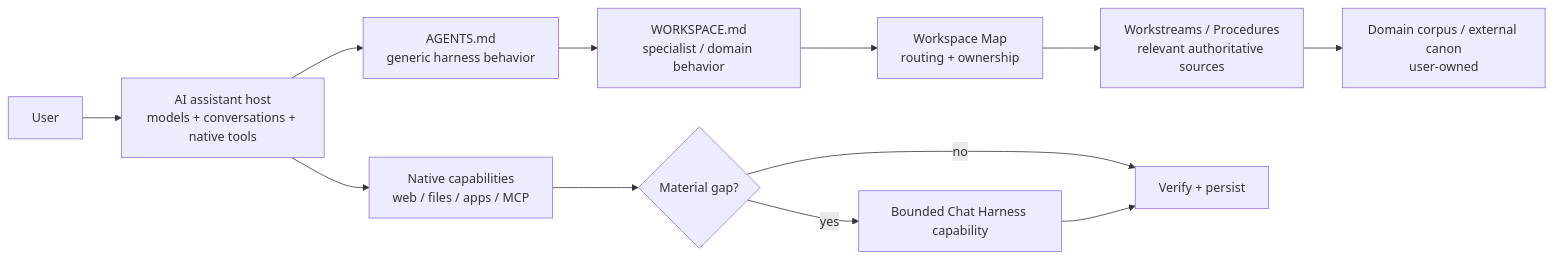
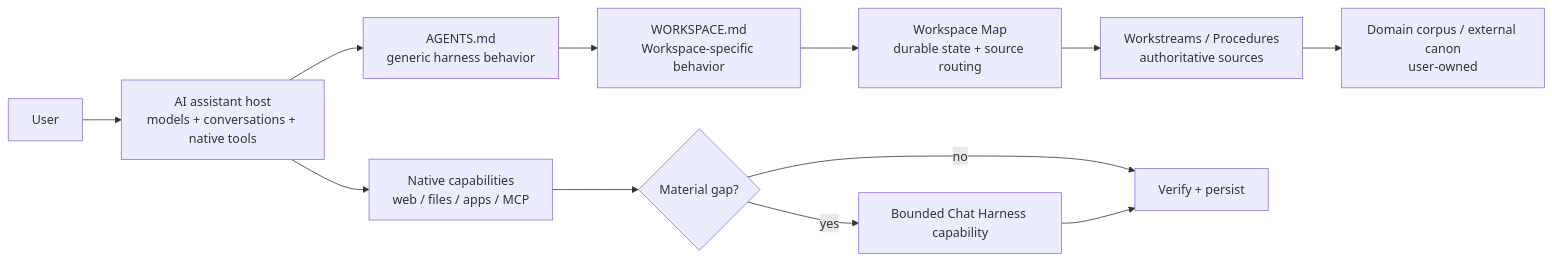
The diagram in README.md (carlosboeing/chat-harness), drawn with Mermaid before and after one commit. The commit also changed other lines of this file and 4 other files, not shown here.

````diff
--- a/README.md
+++ b/README.md
@@ -27,14 +21,14 @@
 ```mermaid
 flowchart LR
     U["User"] --> H["AI assistant host<br/>models + conversations + native tools"]
     H --> A["AGENTS.md<br/>generic harness behavior"]
-    A --> W["WORKSPACE.md<br/>specialist / domain behavior"]
-    W --> M["Workspace Map<br/>routing + ownership"]
-    M --> S["Workstreams / Procedures<br/>relevant authoritative sources"]
+    A --> W["WORKSPACE.md<br/>Workspace-specific behavior"]
+    W --> M["Workspace Map<br/>durable state + source routing"]
+    M --> S["Workstreams / Procedures<br/>authoritative sources"]
     S --> C["Domain corpus / external canon<br/>user-owned"]
     H --> N["Native capabilities<br/>web / files / apps / MCP"]
     N --> X{"Material gap?"}
     X -- "no" --> V["Verify + persist"]
     X -- "yes" --> E["Bounded Chat Harness capability"]
     E --> V
 ```
````
